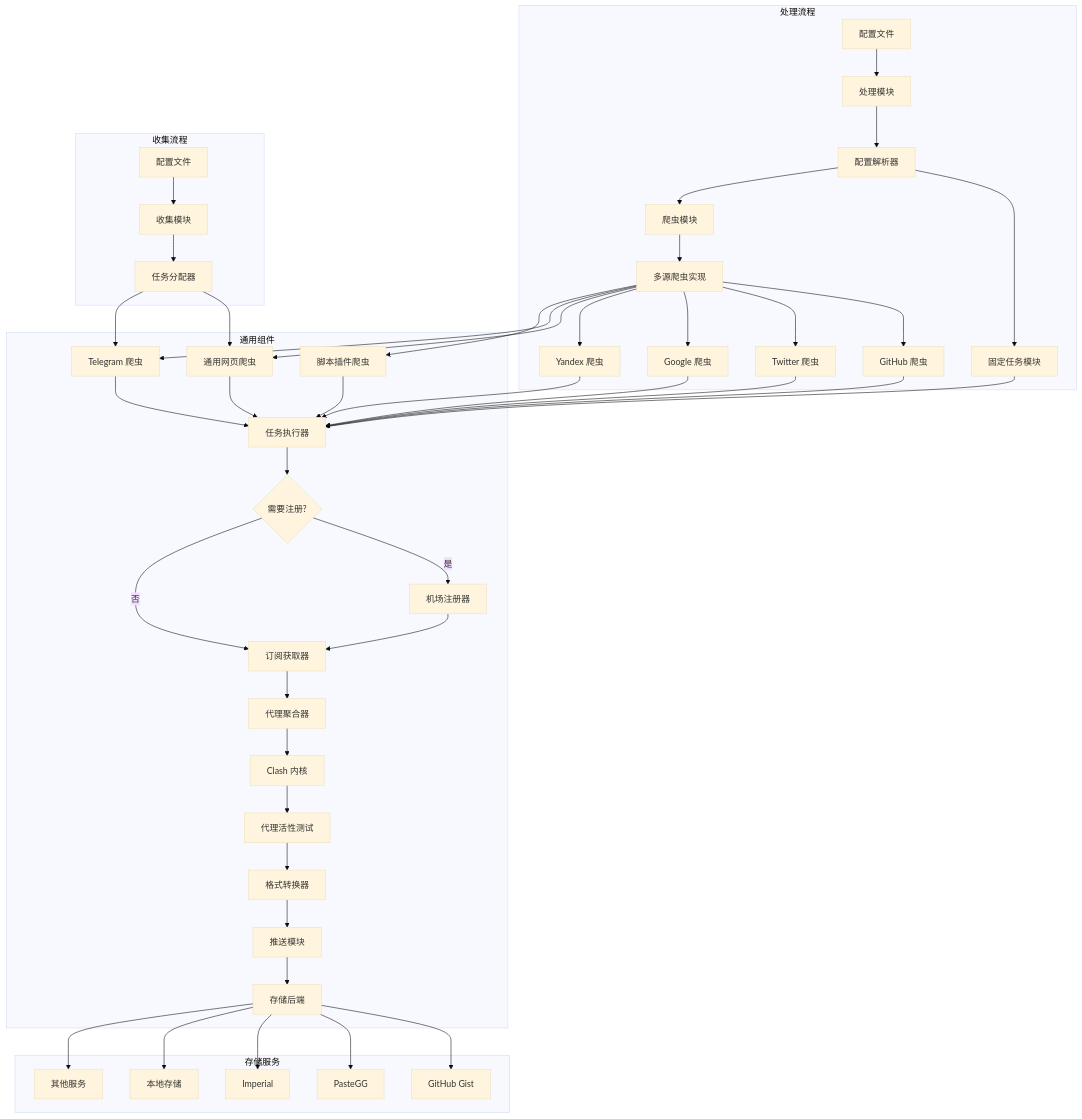
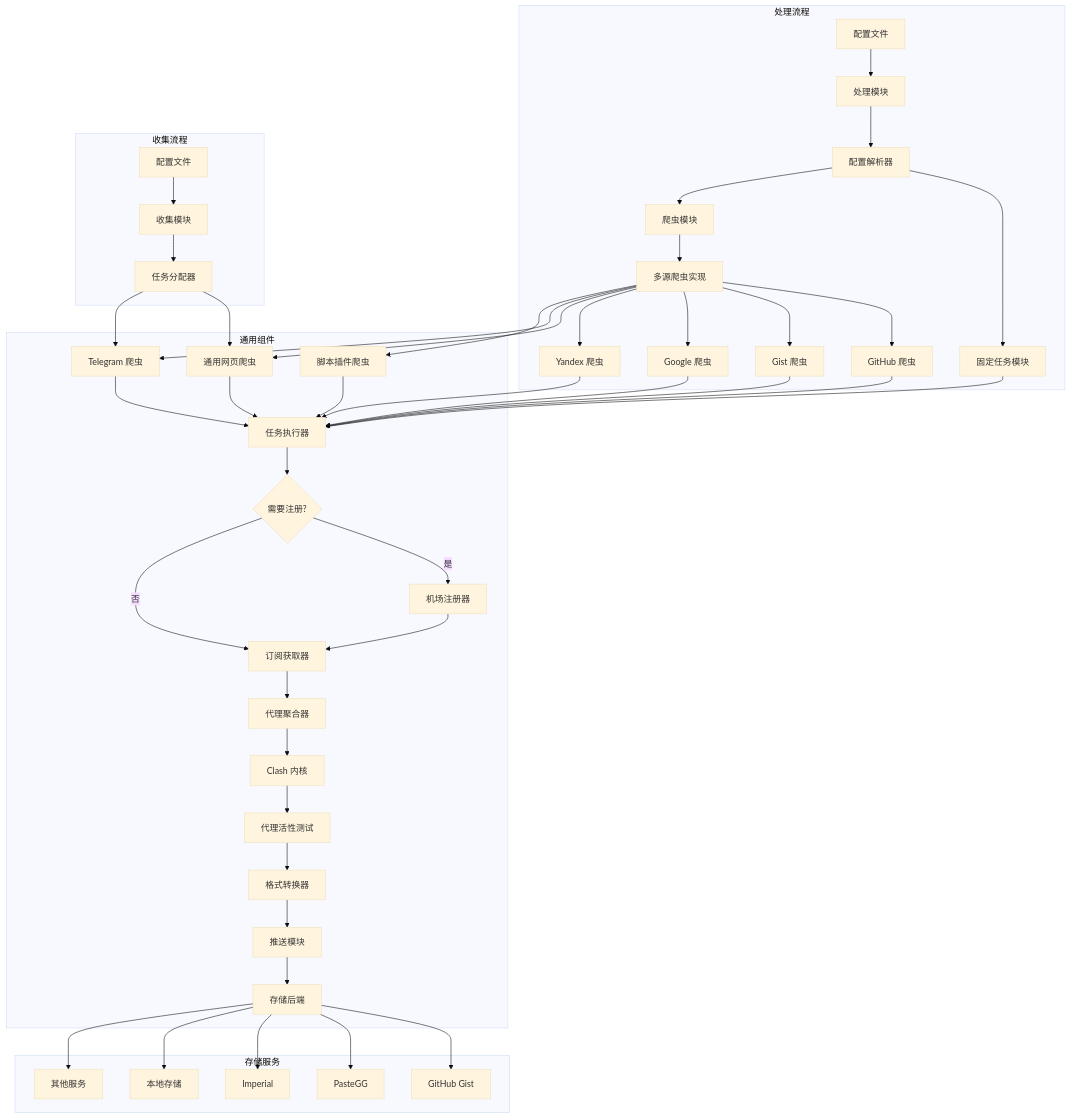
One commit to AstBt/aggregator-web changed the first of 6 diagrams in README_CN.md. Above: the diagram before and after it, drawn with Mermaid (base theme). The commit also changed other lines of this file and 3 other files, not shown here.

````diff
--- a/README_CN.md
+++ b/README_CN.md
@@ -13,78 +13,78 @@
 ```mermaid
 graph TB
     subgraph "处理流程"
         A[配置文件] --> B[处理模块]
         B --> D[配置解析器]
         D --> D1[固定任务模块]
         D --> F[爬虫模块]
         F --> G[多源爬虫实现]
         G --> I[GitHub 爬虫]
-        G --> L[Twitter 爬虫]
+        G --> L[Gist 爬虫]
         G --> J[Google 爬虫]
         G --> K[Yandex 爬虫]
     end
 
     subgraph "通用组件"
         M[通用网页爬虫]
         H[Telegram 爬虫]
         N[脚本插件爬虫]
         O[机场注册器]
         P[任务执行器]
         Q{需要注册?}
         R[订阅获取器]
         S[代理聚合器]
         T[Clash 内核]
         U[代理活性测试]
         V[格式转换器]
         W[推送模块]
         X[存储后端]
     end
 
     subgraph "收集流程"
         A2[配置文件] --> C[收集模块]
         C --> E[任务分配器]
     end
     
     subgraph "存储服务"
         Y[GitHub Gist]
         Z[PasteGG]
         AA[Imperial]
         BB[本地存储]
         CC[其他服务]
     end
 
     %% 定义连接关系
     G --> M
     G --> H
     G --> N
     
     E --> M
     E --> H
 
     D1 --> P
     M --> P
     H --> P
     I --> P
     L --> P
     J --> P
     K --> P
     N --> P
     
     P --> Q
     Q -->|是| O
     Q -->|否| R
     O --> R
     
     R --> S
     S --> T
     T --> U
     U --> V
     V --> W
     W --> X
     
     X --> Y
     X --> Z
     X --> AA
     X --> BB
     X --> CC
 ```
````
